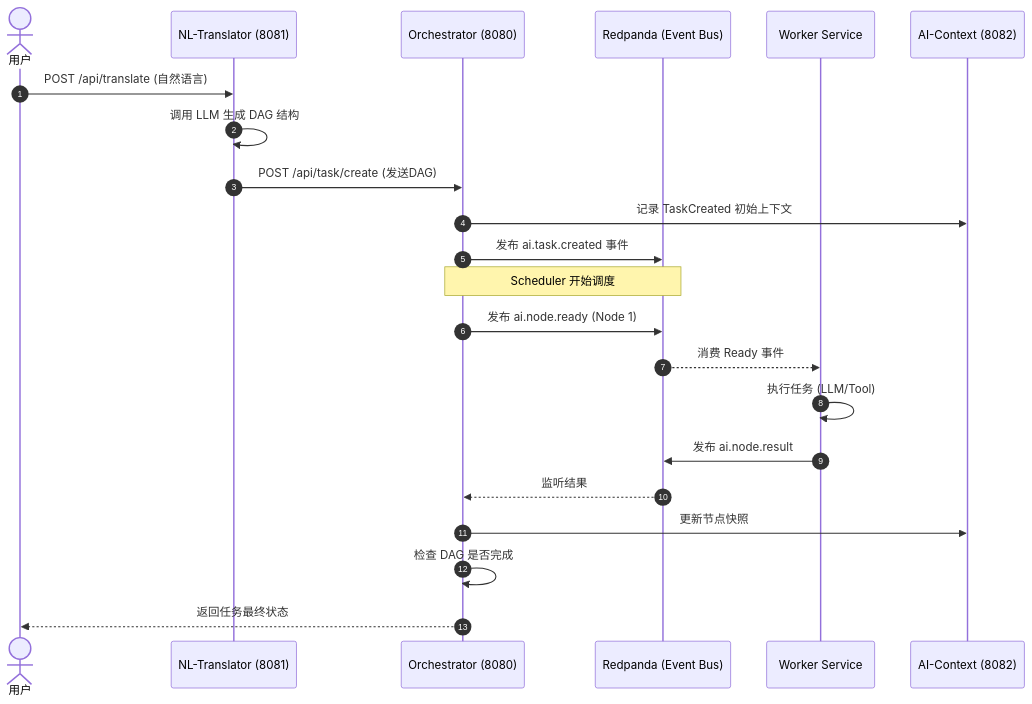
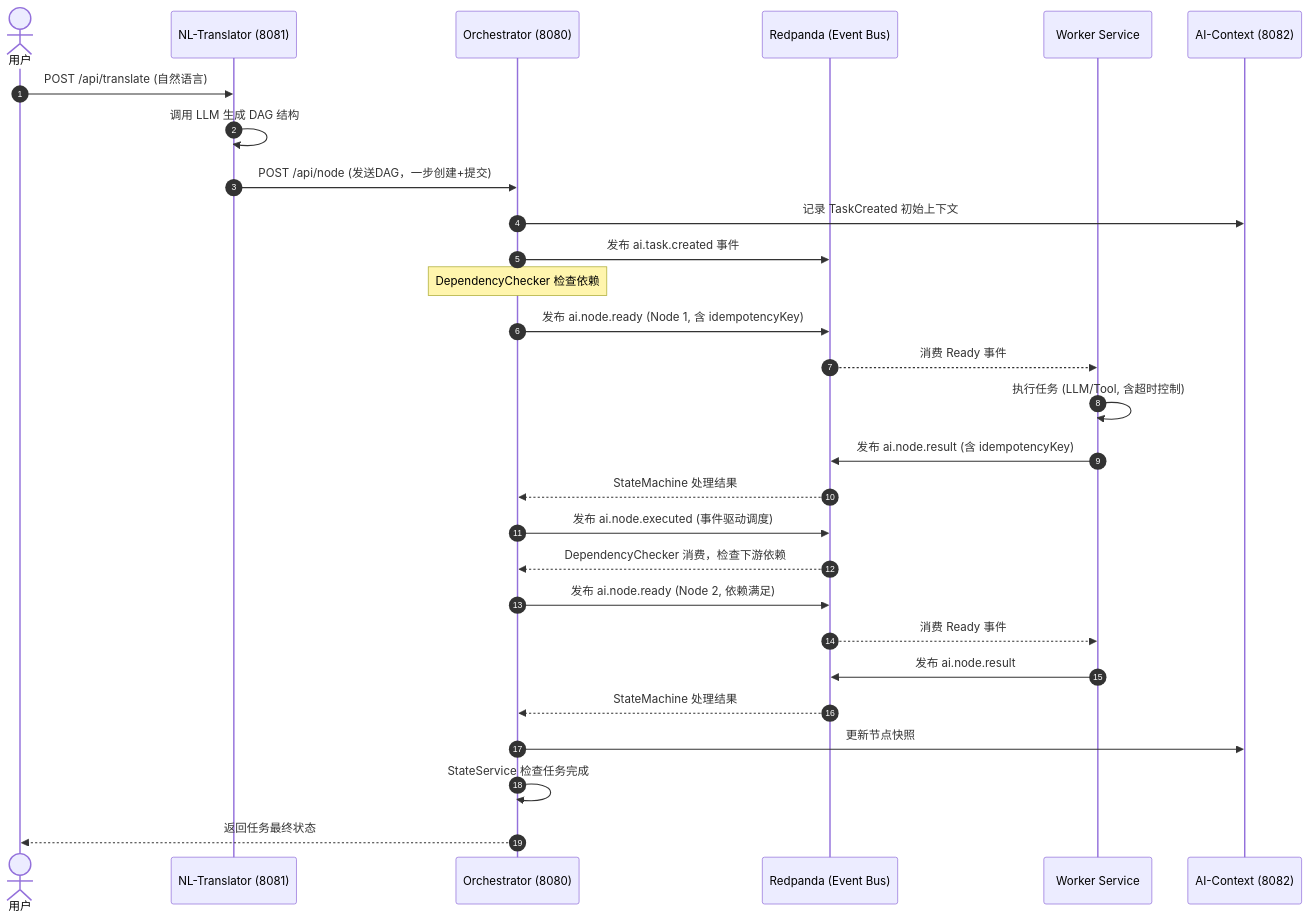
Before and after one commit to SUSTechWLA/lingxi-ai-operation-system: the second of 4 diagrams in README.md, drawn with Mermaid. The commit also changed other lines of this file and 41 other files, not shown here.

````diff
--- a/README.md
+++ b/README.md
@@ -159,26 +160,32 @@
 ``` mermaid
 sequenceDiagram
     autonumber
     actor User as 用户
     participant NL as NL-Translator (8081)
     participant Orch as Orchestrator (8080)
     participant Red as Redpanda (Event Bus)
     participant Worker as Worker Service
     participant Context as AI-Context (8082)
 
     User->>NL: POST /api/translate (自然语言)
     NL->>NL: 调用 LLM 生成 DAG 结构
-    NL->>Orch: POST /api/task/create (发送DAG)
+    NL->>Orch: POST /api/node (发送DAG，一步创建+提交)
     Orch->>Context: 记录 TaskCreated 初始上下文
     Orch->>Red: 发布 ai.task.created 事件
-    
-    Note over Orch, Red: Scheduler 开始调度
-    Orch->>Red: 发布 ai.node.ready (Node 1)
+
+    Note over Orch: DependencyChecker 检查依赖
+    Orch->>Red: 发布 ai.node.ready (Node 1, 含 idempotencyKey)
     Red-->>Worker: 消费 Ready 事件
-    Worker->>Worker: 执行任务 (LLM/Tool)
+    Worker->>Worker: 执行任务 (LLM/Tool, 含超时控制)
+    Worker->>Red: 发布 ai.node.result (含 idempotencyKey)
+    Red-->>Orch: StateMachine 处理结果
+    Orch->>Red: 发布 ai.node.executed (事件驱动调度)
+    Red-->>Orch: DependencyChecker 消费，检查下游依赖
+    Orch->>Red: 发布 ai.node.ready (Node 2, 依赖满足)
+    Red-->>Worker: 消费 Ready 事件
     Worker->>Red: 发布 ai.node.result
-    Red-->>Orch: 监听结果
+    Red-->>Orch: StateMachine 处理结果
     Orch->>Context: 更新节点快照
-    Orch->>Orch: 检查 DAG 是否完成
+    Orch->>Orch: StateService 检查任务完成
     Orch-->>User: 返回任务最终状态
 ```
````
